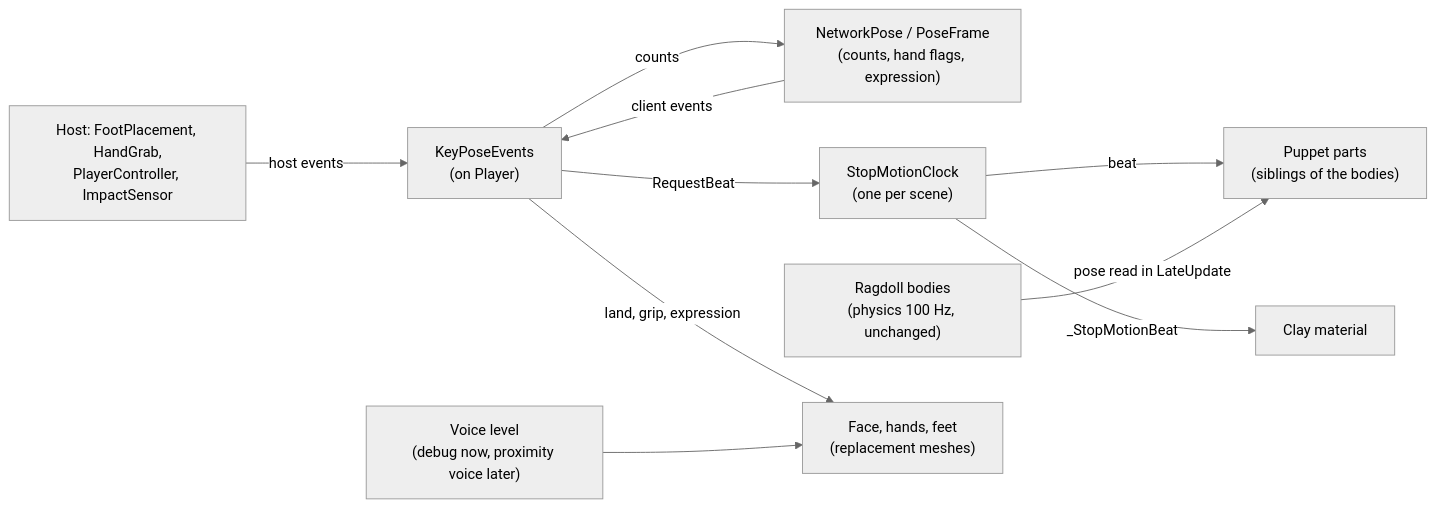
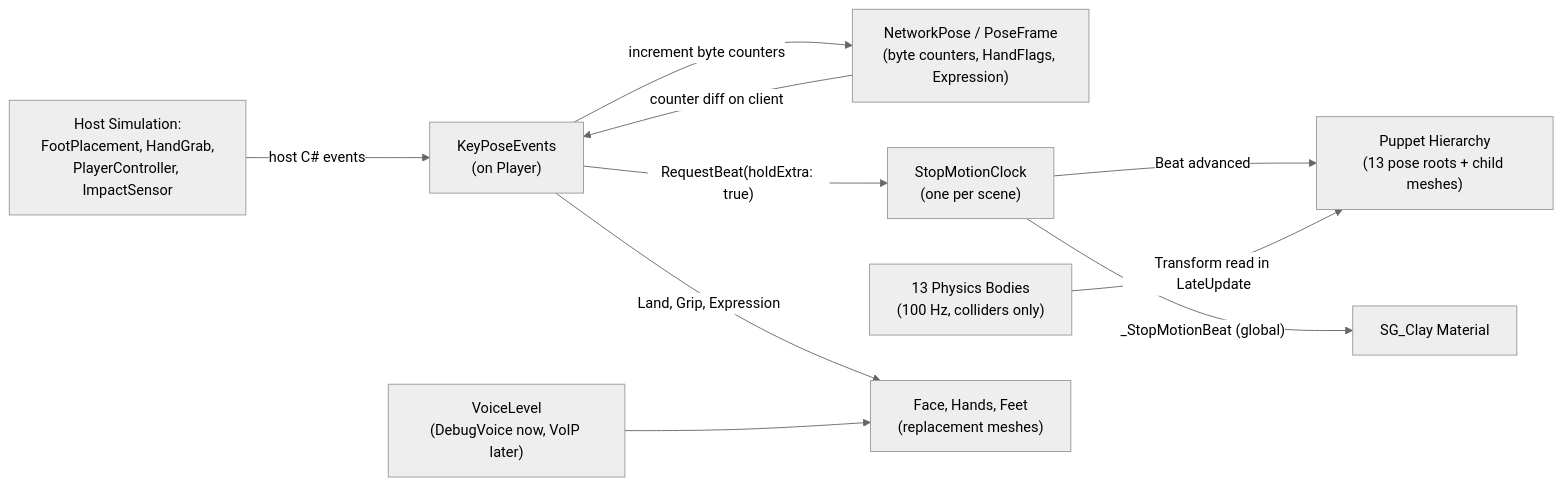
The second of 2 diagrams in Docs/claymation-character-plan.md (halfcreative/PhysicalWalkingPrototype), drawn with Mermaid (neutral theme) before and after one commit. The commit also changed other lines of this file, not shown here.

````diff
--- a/Docs/claymation-character-plan.md
+++ b/Docs/claymation-character-plan.md
@@ -217,21 +264,22 @@
 ```mermaid
 flowchart LR
-    Sensors["Host: FootPlacement, HandGrab,<br/>PlayerController, ImpactSensor"]
+    Sensors["Host Simulation:<br/>FootPlacement, HandGrab,<br/>PlayerController, ImpactSensor"]
     KPE["KeyPoseEvents<br/>(on Player)"]
-    Pose["NetworkPose / PoseFrame<br/>(counts, hand flags, expression)"]
+    Pose["NetworkPose / PoseFrame<br/>(byte counters, HandFlags, Expression)"]
     Clock["StopMotionClock<br/>(one per scene)"]
-    Ragdoll["Ragdoll bodies<br/>(physics 100 Hz, unchanged)"]
-    Puppet["Puppet parts<br/>(siblings of the bodies)"]
-    Face["Face, hands, feet<br/>(replacement meshes)"]
-    Voice["Voice level<br/>(debug now, proximity voice later)"]
-    Shader["Clay material"]
-    Sensors -- "host events" --> KPE
-    KPE -- "counts" --> Pose
-    Pose -- "client events" --> KPE
-    KPE -- "RequestBeat" --> Clock
-    Clock -- "beat" --> Puppet
-    Ragdoll -- "pose read in LateUpdate" --> Puppet
-    KPE -- "land, grip, expression" --> Face
+    Ragdoll["13 Physics Bodies<br/>(100 Hz, colliders only)"]
+    Puppet["Puppet Hierarchy<br/>(13 pose roots + child meshes)"]
+    Face["Face, Hands, Feet<br/>(replacement meshes)"]
+    Voice["VoiceLevel<br/>(DebugVoice now, VoIP later)"]
+    Shader["SG_Clay Material"]
+
+    Sensors -- "host C# events" --> KPE
+    KPE -- "increment byte counters" --> Pose
+    Pose -- "counter diff on client" --> KPE
+    KPE -- "RequestBeat(holdExtra: true)" --> Clock
+    Clock -- "Beat advanced" --> Puppet
+    Ragdoll -- "Transform read in LateUpdate" --> Puppet
+    KPE -- "Land, Grip, Expression" --> Face
     Voice --> Face
-    Clock -- "_StopMotionBeat" --> Shader
+    Clock -- "_StopMotionBeat (global)" --> Shader
 ```
````
